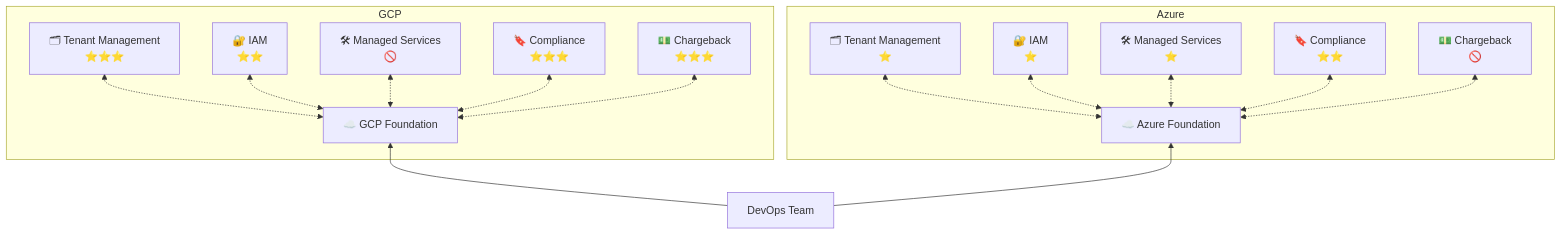
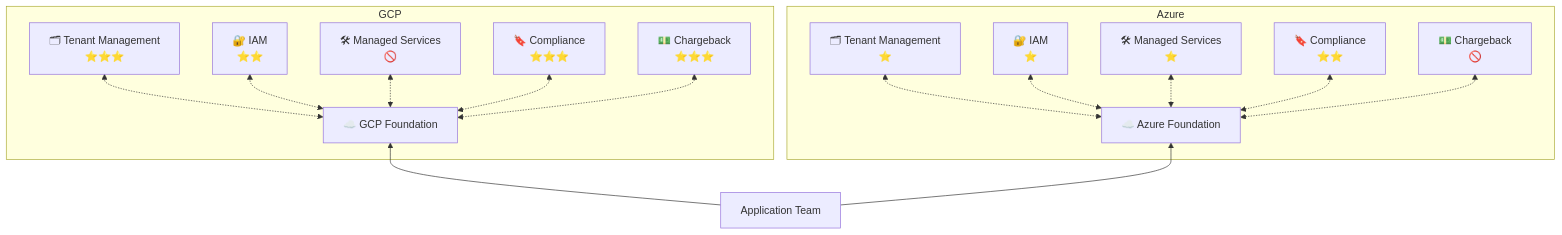
The third of 3 diagrams in docs/understanding-cloud-foundation/approaches-to-building-a-cloud-foundation.md (cloudfoundation-community/cloudfoundation.org), drawn with Mermaid before and after one commit. The commit also changed other lines of this file and 26 other files, not shown here.

````diff
--- a/docs/understanding-cloud-foundation/approaches-to-building-a-cloud-foundation.md
+++ b/docs/understanding-cloud-foundation/approaches-to-building-a-cloud-foundation.md
@@ -128,24 +128,24 @@
 ```mermaid
 flowchart BT;
   subgraph Azure["Azure"]
     AzureFoundation["☁️ Azure Foundation"]
     AzureTenant["🗂 Tenant Management<br>⭐️"]
     AzureIAM["🔐 IAM<br>⭐️"]
     AzureServices["🛠 Managed Services<br>⭐️"]
     AzureCompliance["🔖 Compliance<br>⭐️⭐️"]
     AzureChargeback["💵 Chargeback<br>🚫"]
 		AzureFoundation <-.-> AzureTenant & AzureIAM & AzureServices & AzureCompliance & AzureChargeback
   end
   subgraph GCP["GCP"]
     GCPFoundation["☁️ GCP Foundation"]
     GCPTenant["🗂 Tenant Management<br>⭐️⭐️⭐️"]
     GCPIAM["🔐 IAM<br>⭐️⭐️"]
     GCPServices["🛠 Managed Services<br>🚫"]
     GCPCompliance["🔖 Compliance<br>⭐️⭐️⭐️"]
     GCPChargeback["💵 Chargeback<br>⭐️⭐️⭐️"]
     GCPFoundation <-.-> GCPTenant & GCPIAM & GCPServices & GCPCompliance & GCPChargeback
   end
 
-  DevOps["DevOps Team"]
+  DevOps["Application Team"]
   DevOps --> AzureFoundation & GCPFoundation
 ```
````
